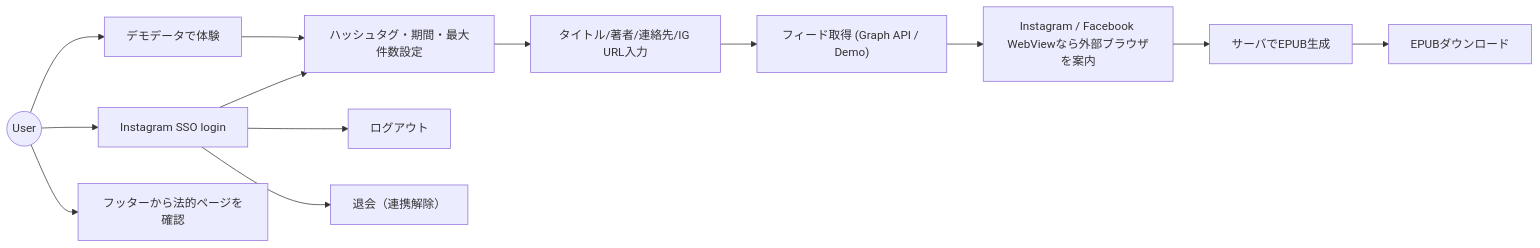
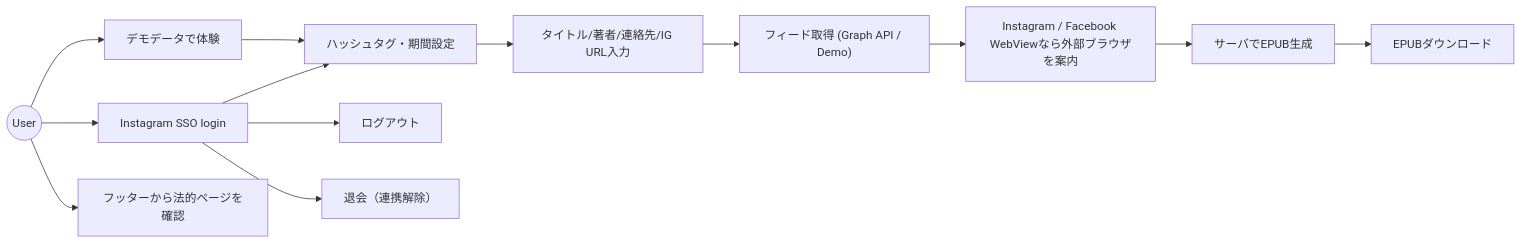
One commit to 1021ky/instagram-feed-epublisher changed the diagram in docs/designdoc/flowchart LR.mmd. Above: the diagram before and after it, drawn with Mermaid. The commit also changed 19 other files, not shown here.

```diff
--- a/docs/designdoc/flowchart LR.mmd
+++ b/docs/designdoc/flowchart LR.mmd
@@ -1,21 +1,21 @@
 flowchart LR
     %% @mermaid-chart
     actor((User))
     login["Instagram SSO login"]
     demo["デモデータで体験"]
-    filters["ハッシュタグ・期間・最大件数設定"]
+    filters["ハッシュタグ・期間設定"]
     meta["タイトル/著者/連絡先/IG URL入力"]
     fetch["フィード取得 (Graph API / Demo)"]
     banner["Instagram / Facebook WebViewなら外部ブラウザを案内"]
     build["サーバでEPUB生成"]
     download["EPUBダウンロード"]
     logout["ログアウト"]
     withdraw["退会（連携解除）"]
     legal["フッターから法的ページを確認"]
     actor --> login --> filters
     actor --> demo --> filters
     fetch --> banner --> build --> download
     filters --> meta --> fetch
     login --> logout
     login --> withdraw
     actor --> legal
```
